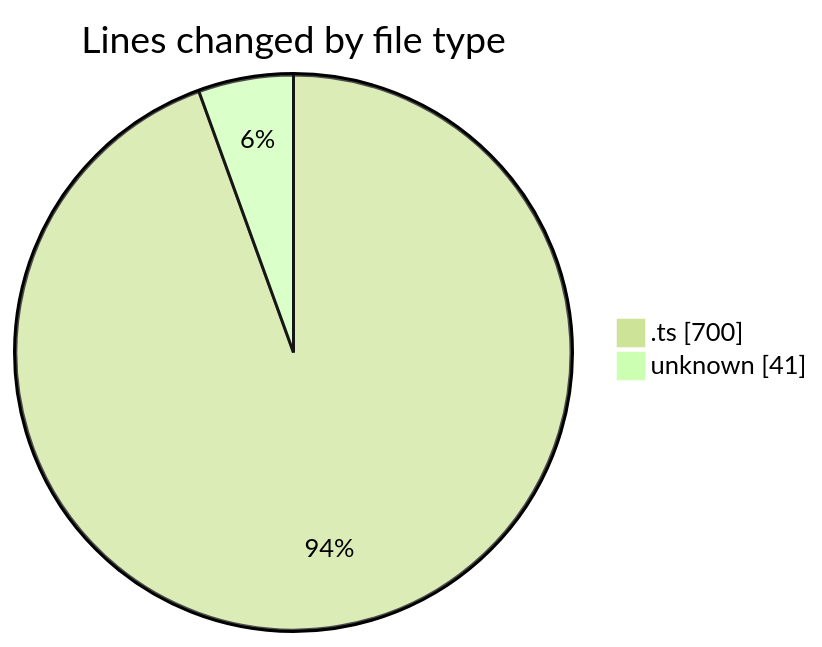
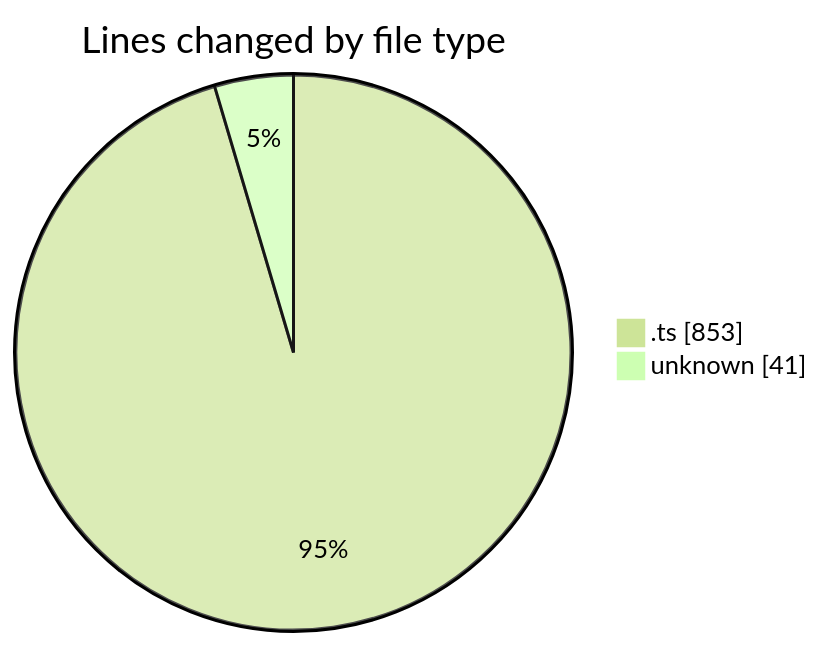
One commit to momahboobian/code-tracking changed the first of 2 diagrams in 2025-08-18/cda/README.md. Above: the diagram before and after it, drawn with Mermaid (forest theme). The commit also changed other lines of this file and 1 other file, not shown here.

````diff
--- a/2025-08-18/cda/README.md
+++ b/2025-08-18/cda/README.md
@@ -22,6 +23,6 @@
 ```mermaid
 pie showData
 title Lines changed by file type
-".ts" : 700
+".ts" : 853
 "unknown" : 41
 ```
````
